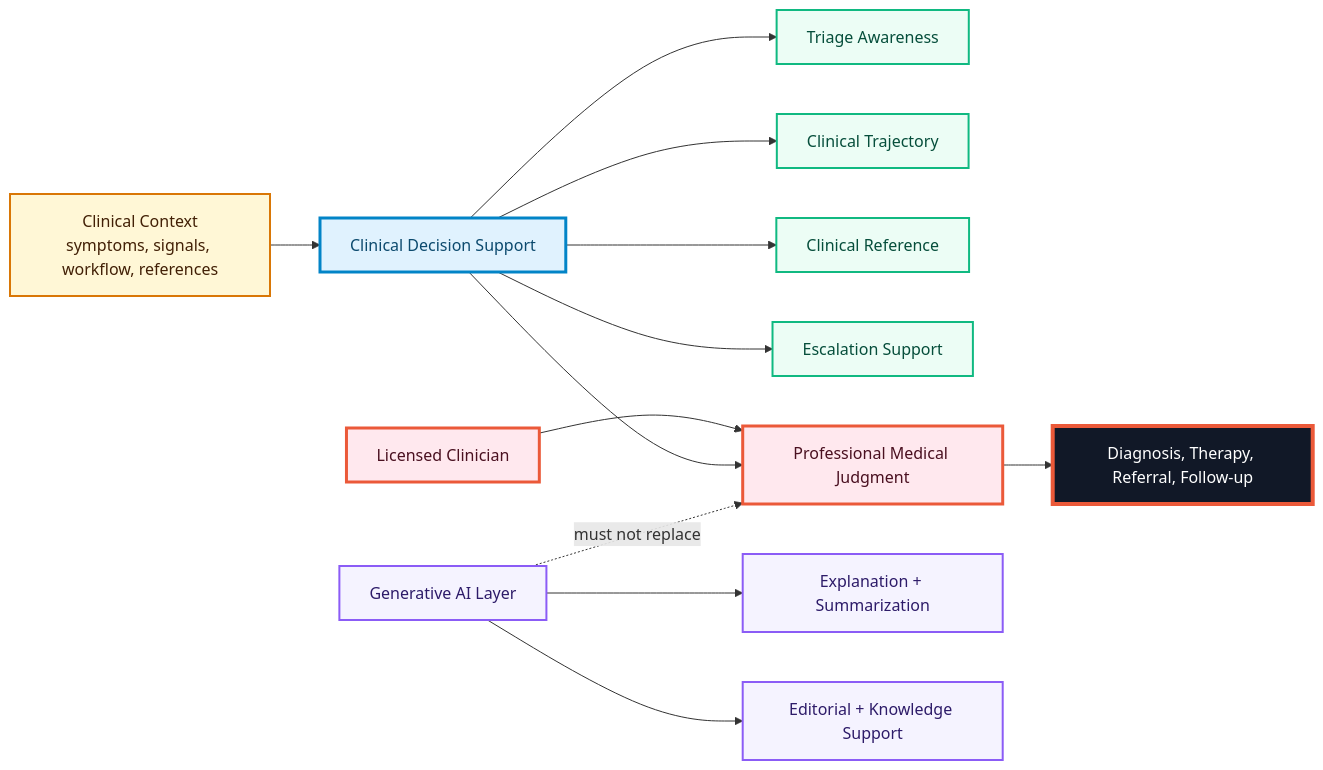
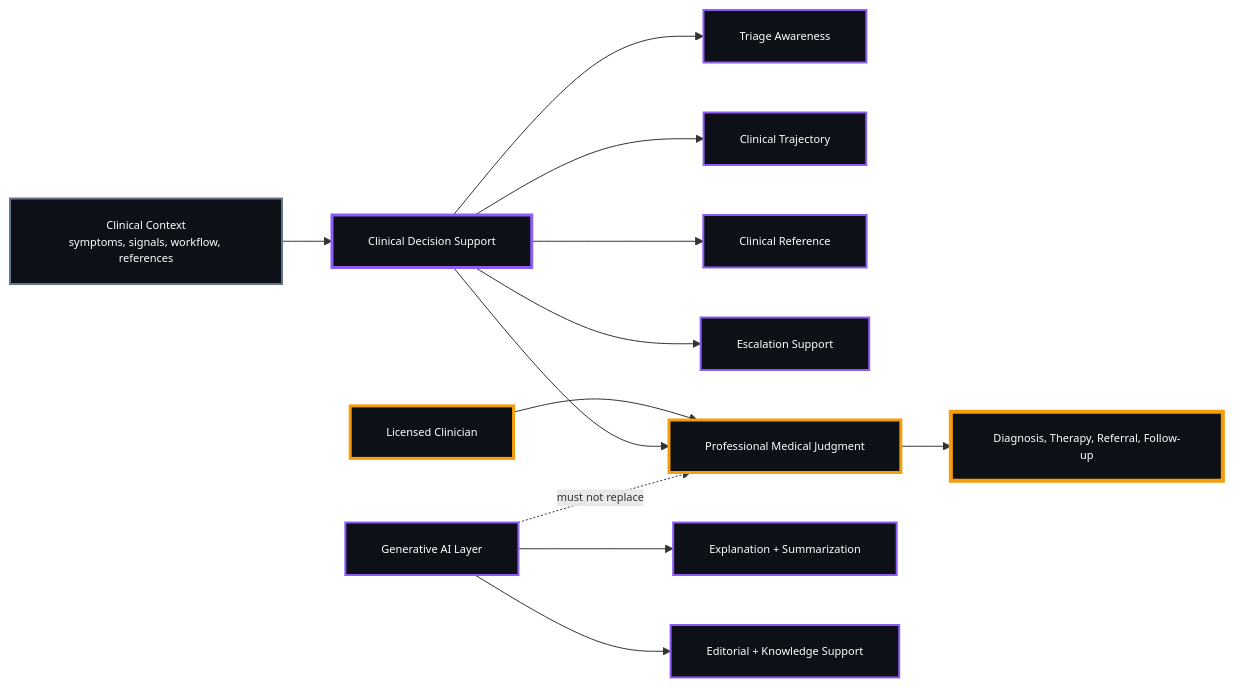
The fifth of 9 diagrams in README.md (drferdi/Sentraverse), drawn with Mermaid before and after one commit. The commit also changed other lines of this file, not shown here.

````diff
--- a/README.md
+++ b/README.md
@@ -354,30 +389,31 @@
 ```mermaid
+%%{init: {"flowchart": {"padding": 18}, "themeVariables": {"fontFamily": "monospace", "fontSize": "11px"}}}%%
 flowchart LR
     Data["Clinical Context<br/>symptoms, signals, workflow, references"] --> CDSS["Clinical Decision Support"]
     CDSS --> Triage["Triage Awareness"]
     CDSS --> Trajectory["Clinical Trajectory"]
     CDSS --> Reference["Clinical Reference"]
     CDSS --> Escalation["Escalation Support"]
 
     Clinician["Licensed Clinician"] --> Judgment["Professional Medical Judgment"]
     CDSS --> Judgment
     Judgment --> Decision["Diagnosis, Therapy, Referral, Follow-up"]
 
     AI["Generative AI Layer"] --> Explain["Explanation + Summarization"]
     AI --> Education["Editorial + Knowledge Support"]
     AI -. must not replace .-> Judgment
 
-    classDef source fill:#FFF7D6,stroke:#D97706,color:#422006,stroke-width:2px;
-    classDef cdss fill:#E0F2FE,stroke:#0284C7,color:#0C4A6E,stroke-width:3px;
-    classDef clinical fill:#ECFDF5,stroke:#10B981,color:#064E3B,stroke-width:2px;
-    classDef human fill:#FFE8EE,stroke:#EB5939,color:#4A1020,stroke-width:3px;
-    classDef ai fill:#F5F3FF,stroke:#8B5CF6,color:#2D1B69,stroke-width:2px;
-    classDef decision fill:#111827,stroke:#EB5939,color:#FFFFFF,stroke-width:4px;
+    classDef source fill:#0D1117,stroke:#64748B,color:#FFFFFF,stroke-width:2px;
+    classDef cdss fill:#0D1117,stroke:#8B5CF6,color:#FFFFFF,stroke-width:3px;
+    classDef clinical fill:#0D1117,stroke:#8B5CF6,color:#FFFFFF,stroke-width:2px;
+    classDef human fill:#0D1117,stroke:#F59E0B,color:#FFFFFF,stroke-width:3px;
+    classDef ai fill:#0D1117,stroke:#8B5CF6,color:#FFFFFF,stroke-width:2px;
+    classDef decision fill:#0D1117,stroke:#F59E0B,color:#FFFFFF,stroke-width:4px;
 
     class Data source;
     class CDSS cdss;
     class Triage,Trajectory,Reference,Escalation clinical;
     class Clinician,Judgment human;
     class AI,Explain,Education ai;
     class Decision decision;
 ```
````
